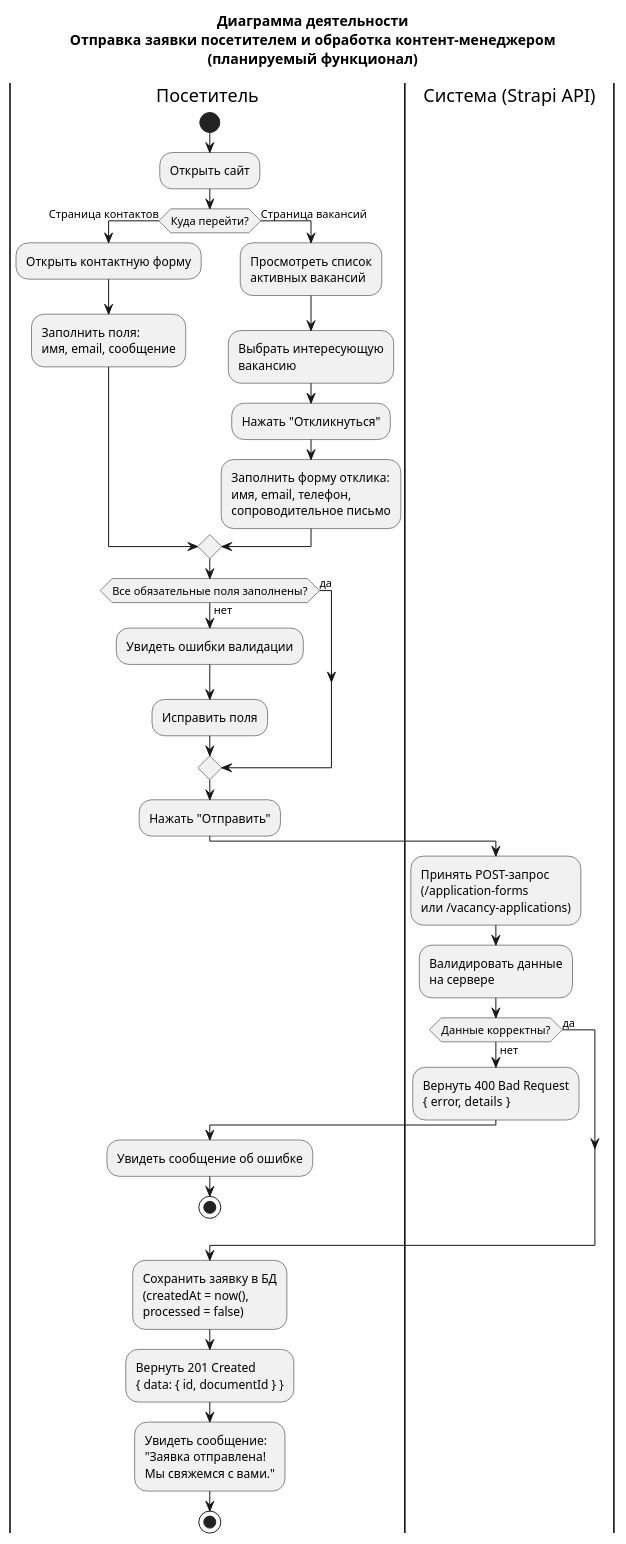
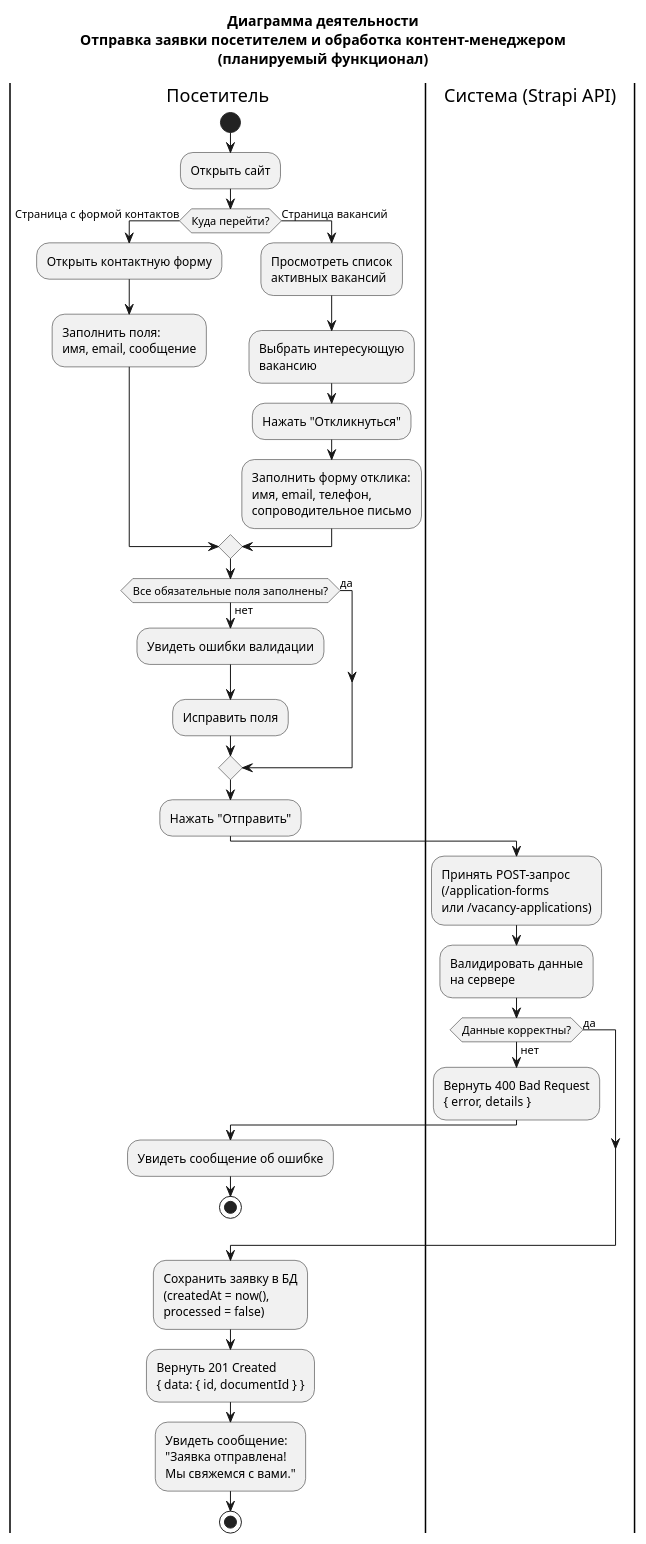
Before and after one commit to ArthurNyan/8sem_work: the first of 2 diagrams in uml/05b_activity_form.puml, drawn with PlantUML. The commit also changed 7 other files, not shown here.

First line of the commit message:
Update UML diagrams and add project presentation materials

```diff
--- a/uml/05b_activity_form.puml
+++ b/uml/05b_activity_form.puml
@@ -1,48 +1,48 @@
 @startuml activity_form
 
 title Диаграмма деятельности\nОтправка заявки посетителем и обработка контент-менеджером\n(планируемый функционал)
 
 |Посетитель|
 start
 
 :Открыть сайт;
 
-if (Куда перейти?) then (Страница контактов)
+if (Куда перейти?) then (Страница с формой контактов)
     :Открыть контактную форму;
     :Заполнить поля:\nимя, email, сообщение;
 else (Страница вакансий)
     :Просмотреть список\nактивных вакансий;
     :Выбрать интересующую\nвакансию;
     :Нажать "Откликнуться";
     :Заполнить форму отклика:\nимя, email, телефон,\nсопроводительное письмо;
 endif
 
 if (Все обязательные поля заполнены?) then (нет)
     :Увидеть ошибки валидации;
     :Исправить поля;
 else (да)
 endif
 
 :Нажать "Отправить";
 
 |Система (Strapi API)|
 :Принять POST-запрос\n(/application-forms\nили /vacancy-applications);
 :Валидировать данные\nна сервере;
 
 if (Данные корректны?) then (нет)
     :Вернуть 400 Bad Request\n{ error, details };
     |Посетитель|
     :Увидеть сообщение об ошибке;
     stop
 else (да)
 endif
 
 :Сохранить заявку в БД\n(createdAt = now(),\nprocessed = false);
 :Вернуть 201 Created\n{ data: { id, documentId } };
 
 |Посетитель|
 :Увидеть сообщение:\n"Заявка отправлена!\nМы свяжемся с вами.";
 
 stop
 
 @enduml
```
